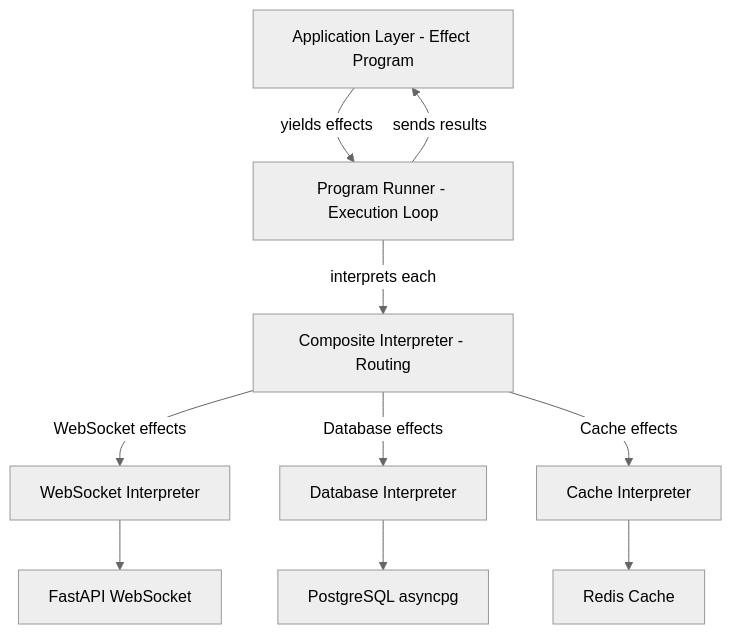
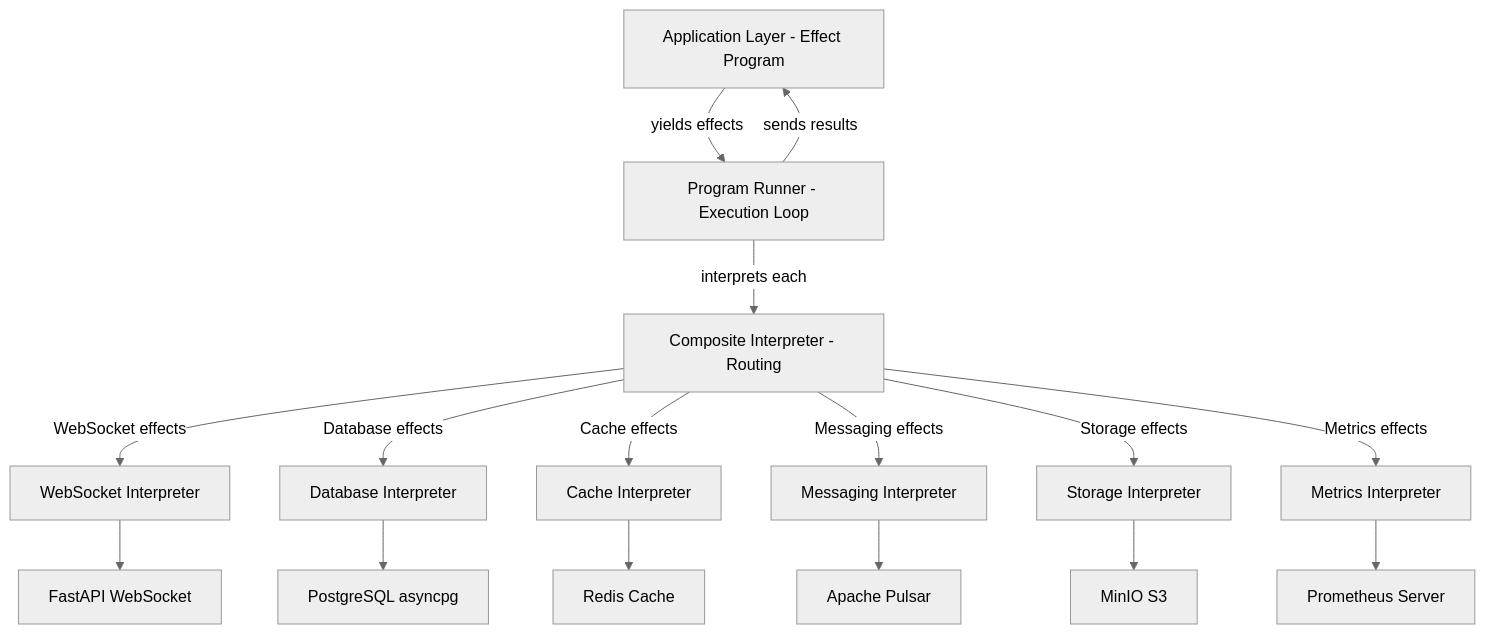
The second of 7 diagrams in documents/core/architecture.md (Tuee22/effectful), drawn with Mermaid (neutral theme) before and after one commit. The commit also changed other lines of this file and 14 other files, not shown here.

````diff
--- a/documents/core/architecture.md
+++ b/documents/core/architecture.md
@@ -55,22 +55,34 @@
 ```mermaid
 flowchart TB
     Program[Application Layer - Effect Program]
     Runner[Program Runner - Execution Loop]
     Composite[Composite Interpreter - Routing]
     WSInterp[WebSocket Interpreter]
     DBInterp[Database Interpreter]
     CacheInterp[Cache Interpreter]
+    MsgInterp[Messaging Interpreter]
+    StorageInterp[Storage Interpreter]
+    MetricsInterp[Metrics Interpreter]
     WS[FastAPI WebSocket]
     DB[PostgreSQL asyncpg]
     Redis[Redis Cache]
+    Pulsar[Apache Pulsar]
+    S3[MinIO S3]
+    Prometheus[Prometheus Server]
 
     Program -->|yields effects| Runner
     Runner -->|interprets each| Composite
     Composite -->|WebSocket effects| WSInterp
     Composite -->|Database effects| DBInterp
     Composite -->|Cache effects| CacheInterp
+    Composite -->|Messaging effects| MsgInterp
+    Composite -->|Storage effects| StorageInterp
+    Composite -->|Metrics effects| MetricsInterp
     WSInterp --> WS
     DBInterp --> DB
     CacheInterp --> Redis
+    MsgInterp --> Pulsar
+    StorageInterp --> S3
+    MetricsInterp --> Prometheus
     Runner -->|sends results| Program
 ```
````
